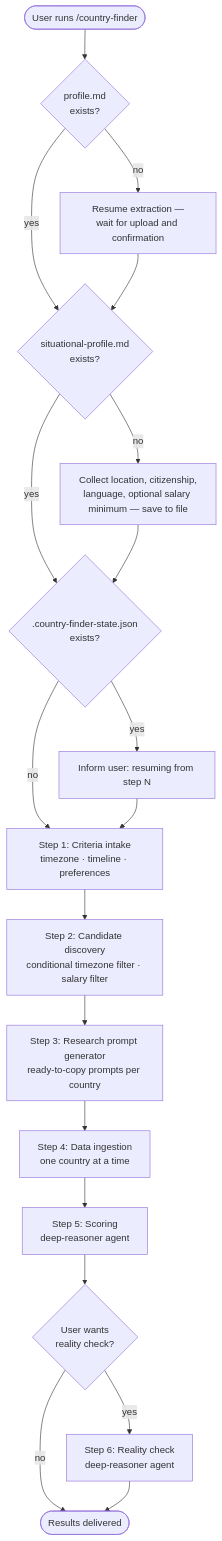
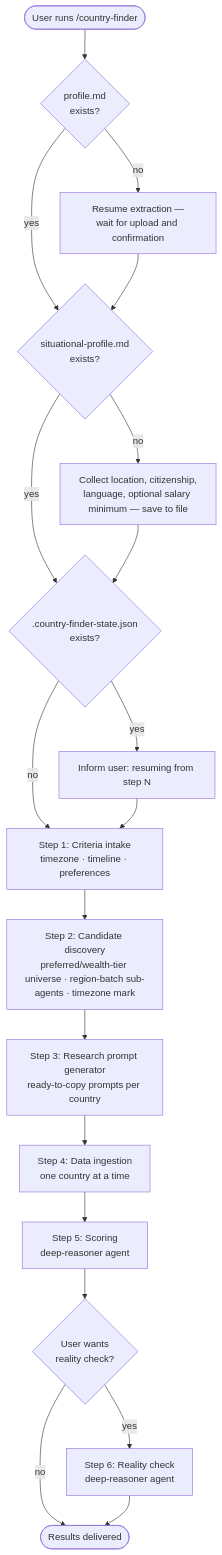
Before and after one commit to myowinthein/agent-compass: the diagram in docs/commands/country-finder.md, drawn with Mermaid. The commit also changed other lines of this file and 15 other files, not shown here.

First line of the commit message:
feat(country-finder): redesign step2 candidate discovery

````diff
--- a/docs/commands/country-finder.md
+++ b/docs/commands/country-finder.md
@@ -22,25 +22,25 @@
 ```mermaid
 flowchart TD
   Start([User runs /country-finder]) --> Profile{profile.md\nexists?}
   Profile -->|no| Extract[Resume extraction —\nwait for upload and confirmation]
   Profile -->|yes| Sit
   Extract --> Sit
 
   Sit{situational-profile.md\nexists?} -->|no| SitQ[Collect location, citizenship,\nlanguage, optional salary minimum — save to file]
   Sit -->|yes| State
   SitQ --> State
 
   State{.country-finder-state.json\nexists?} -->|yes| Resume[Inform user: resuming from step N]
   State -->|no| S1
   Resume --> S1
 
   S1[Step 1: Criteria intake\ntimezone · timeline · preferences] --> S2
-  S2[Step 2: Candidate discovery\nconditional timezone filter · salary filter] --> S3
+  S2[Step 2: Candidate discovery\npreferred/wealth-tier universe · region-batch sub-agents · timezone mark] --> S3
   S3[Step 3: Research prompt generator\nready-to-copy prompts per country] --> S4
   S4[Step 4: Data ingestion\none country at a time] --> S5
   S5[Step 5: Scoring\ndeep-reasoner agent] --> RCQ
 
   RCQ{User wants\nreality check?} -->|no| Done
   RCQ -->|yes| S6[Step 6: Reality check\ndeep-reasoner agent]
   S6 --> Done([Results delivered])
 ```
````
